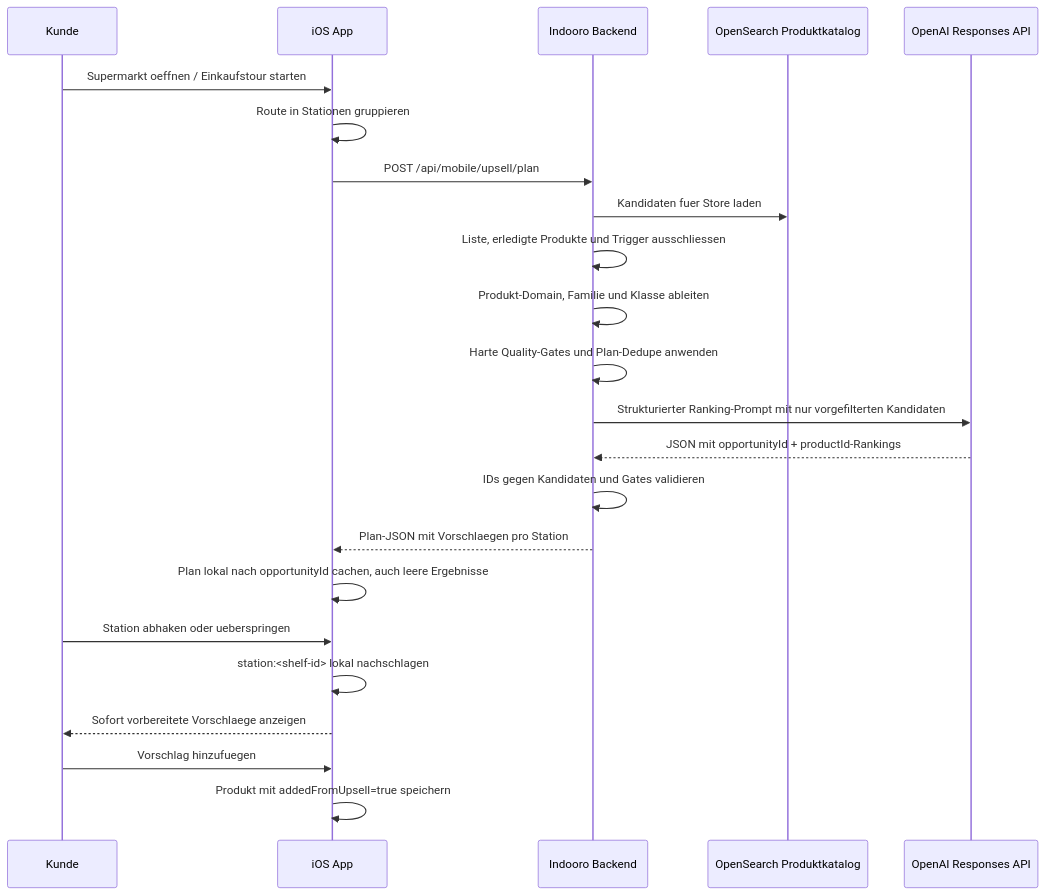
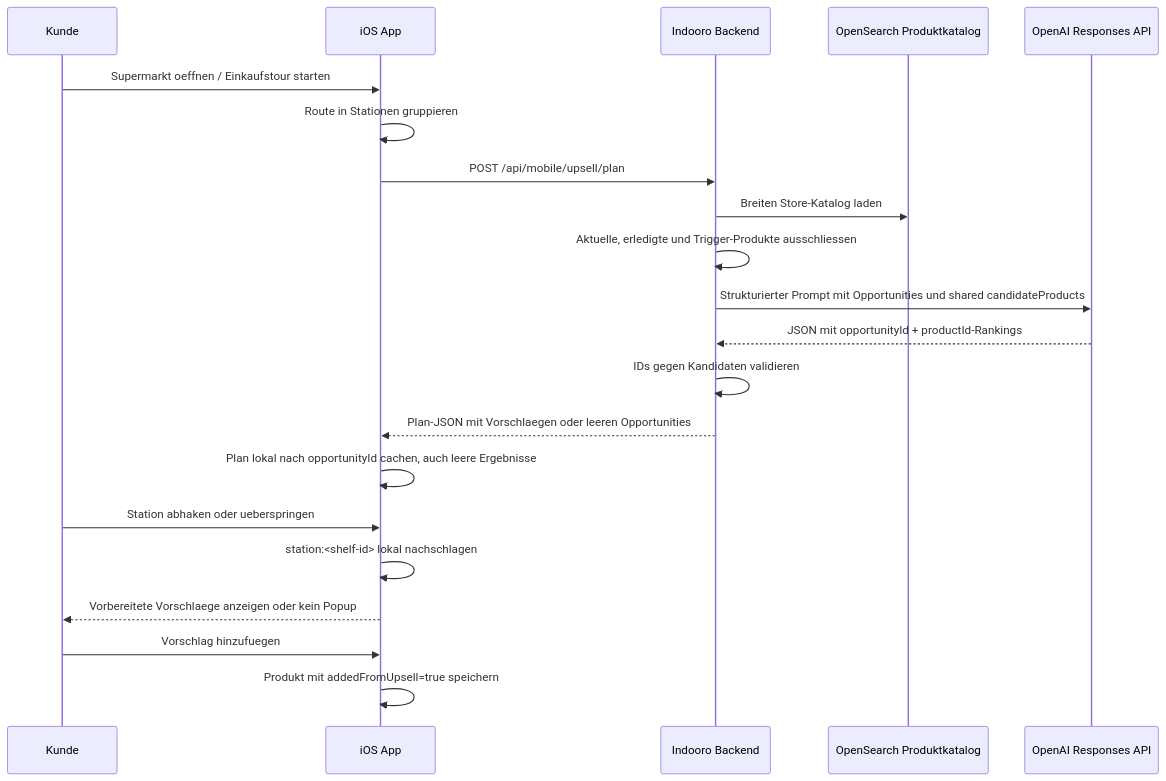
Before and after one commit to htl-leo-itp-25-27-4-5bhitm/indooro: the diagram in documentation/AI_UPSELL_FLOW.md, drawn with Mermaid. The commit also changed other lines of this file and 11 other files, not shown here.

Commit message:
Switch upsell plan to AI-first ranking

````diff
--- a/documentation/AI_UPSELL_FLOW.md
+++ b/documentation/AI_UPSELL_FLOW.md
@@ -5,26 +5,24 @@
 ```mermaid
 sequenceDiagram
     participant User as Kunde
     participant App as iOS App
     participant API as Indooro Backend
     participant Catalog as OpenSearch Produktkatalog
     participant AI as OpenAI Responses API
 
     User->>App: Supermarkt oeffnen / Einkaufstour starten
     App->>App: Route in Stationen gruppieren
     App->>API: POST /api/mobile/upsell/plan
-    API->>Catalog: Kandidaten fuer Store laden
-    API->>API: Liste, erledigte Produkte und Trigger ausschliessen
-    API->>API: Produkt-Domain, Familie und Klasse ableiten
-    API->>API: Harte Quality-Gates und Plan-Dedupe anwenden
-    API->>AI: Strukturierter Ranking-Prompt mit nur vorgefilterten Kandidaten
+    API->>Catalog: Breiten Store-Katalog laden
+    API->>API: Aktuelle, erledigte und Trigger-Produkte ausschliessen
+    API->>AI: Strukturierter Prompt mit Opportunities und shared candidateProducts
     AI-->>API: JSON mit opportunityId + productId-Rankings
-    API->>API: IDs gegen Kandidaten und Gates validieren
-    API-->>App: Plan-JSON mit Vorschlaegen pro Station
+    API->>API: IDs gegen Kandidaten validieren
+    API-->>App: Plan-JSON mit Vorschlaegen oder leeren Opportunities
     App->>App: Plan lokal nach opportunityId cachen, auch leere Ergebnisse
     User->>App: Station abhaken oder ueberspringen
     App->>App: station:<shelf-id> lokal nachschlagen
-    App-->>User: Sofort vorbereitete Vorschlaege anzeigen
+    App-->>User: Vorbereitete Vorschlaege anzeigen oder kein Popup
     User->>App: Vorschlag hinzufuegen
     App->>App: Produkt mit addedFromUpsell=true speichern
 ```
````
